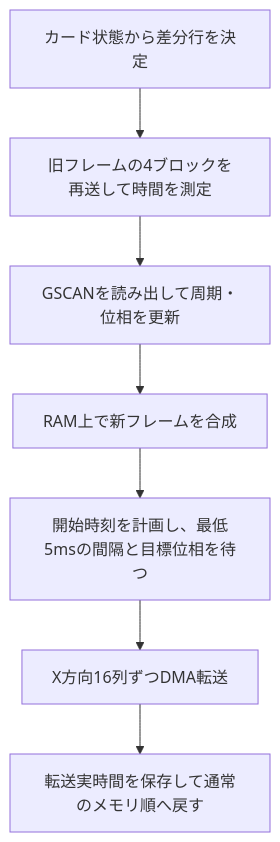
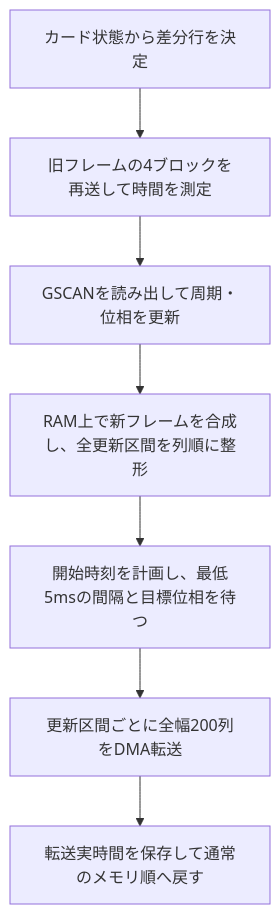
The diagram in docs/details/player.md (canta-9142/D4_Exhi), drawn with Mermaid before and after one commit. The commit also changed other lines of this file and 4 other files, not shown here.

````diff
--- a/docs/details/player.md
+++ b/docs/details/player.md
@@ -135,9 +138,9 @@
 ```mermaid
 flowchart TD
     A[カード状態から差分行を決定] --> B[旧フレームの4ブロックを再送して時間を測定]
     B --> C[GSCANを読み出して周期・位相を更新]
-    C --> D[RAM上で新フレームを合成]
+    C --> D[RAM上で新フレームを合成し、全更新区間を列順に整形]
     D --> E[開始時刻を計画し、最低5msの間隔と目標位相を待つ]
-    E --> F[X方向16列ずつDMA転送]
+    E --> F[更新区間ごとに全幅200列をDMA転送]
     F --> G[転送実時間を保存して通常のメモリ順へ戻す]
 ```
````
